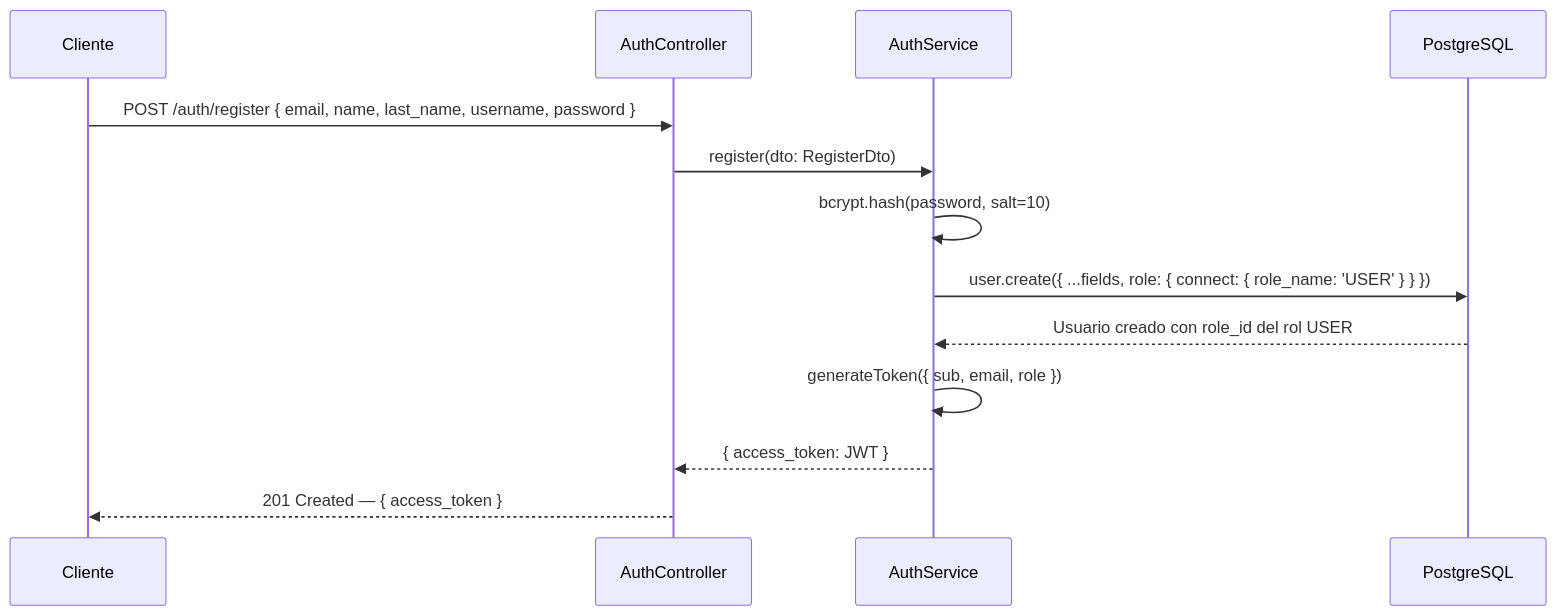
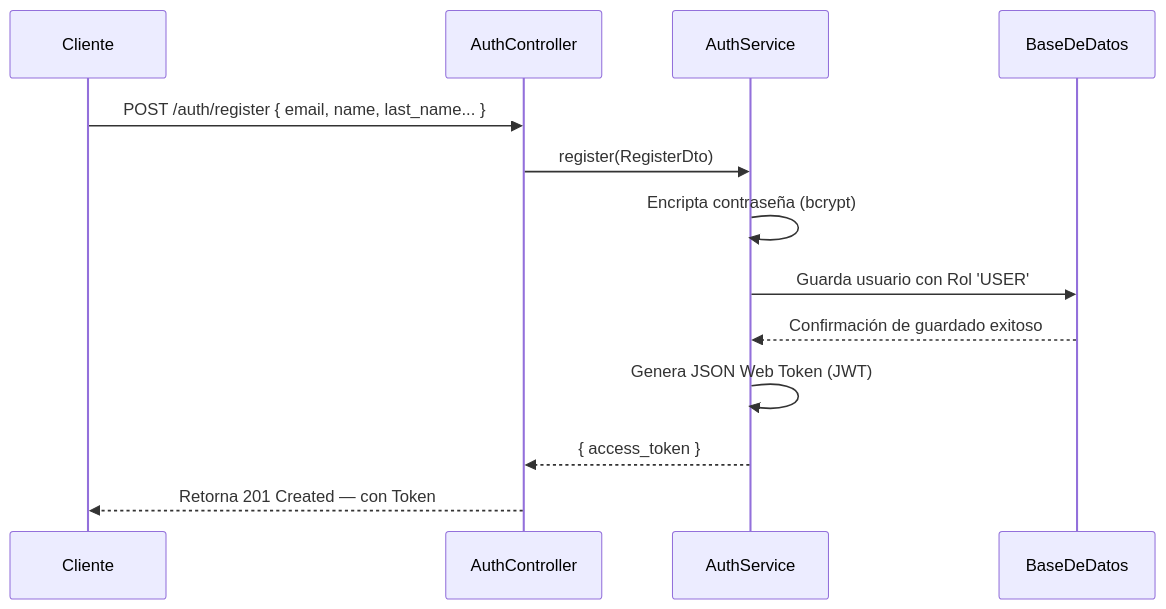
One commit to ccUnicode/UniOpenCourse changed the second of 2 diagrams in apps/docs/users/Arquitectura.md. Above: the diagram before and after it, drawn with Mermaid. The commit also changed other lines of this file and 2 other files, not shown here.

````diff
--- a/apps/docs/users/Arquitectura.md
+++ b/apps/docs/users/Arquitectura.md
@@ -90,16 +94,16 @@
 ```mermaid
 sequenceDiagram
-    participant C as Cliente
-    participant AC as AuthController
-    participant AS as AuthService
-    participant DB as PostgreSQL
+    participant Cliente
+    participant AuthController
+    participant AuthService
+    participant BaseDeDatos
 
-    C->>AC: POST /auth/register { email, name, last_name, username, password }
-    AC->>AS: register(dto: RegisterDto)
-    AS->>AS: bcrypt.hash(password, salt=10)
-    AS->>DB: user.create({ ...fields, role: { connect: { role_name: 'USER' } } })
-    DB-->>AS: Usuario creado con role_id del rol USER
-    AS->>AS: generateToken({ sub, email, role })
-    AS-->>AC: { access_token: JWT }
-    AC-->>C: 201 Created — { access_token }
+    Cliente->>AuthController: POST /auth/register { email, name, last_name... }
+    AuthController->>AuthService: register(RegisterDto)
+    AuthService->>AuthService: Encripta contraseña (bcrypt)
+    AuthService->>BaseDeDatos: Guarda usuario con Rol 'USER'
+    BaseDeDatos-->>AuthService: Confirmación de guardado exitoso
+    AuthService->>AuthService: Genera JSON Web Token (JWT)
+    AuthService-->>AuthController: { access_token }
+    AuthController-->>Cliente: Retorna 201 Created — con Token
 ```
````
